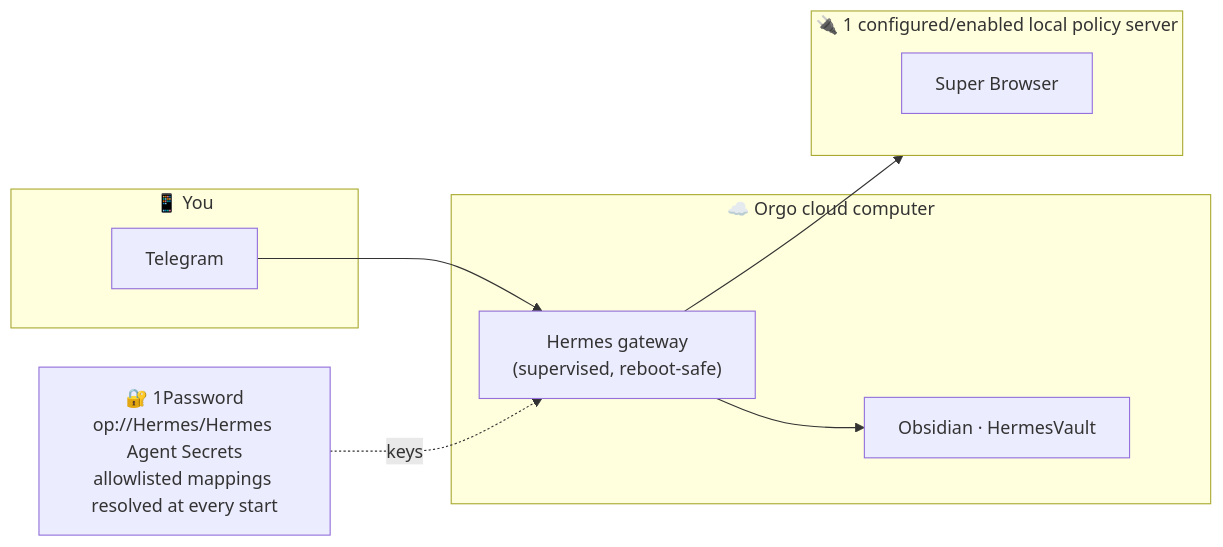
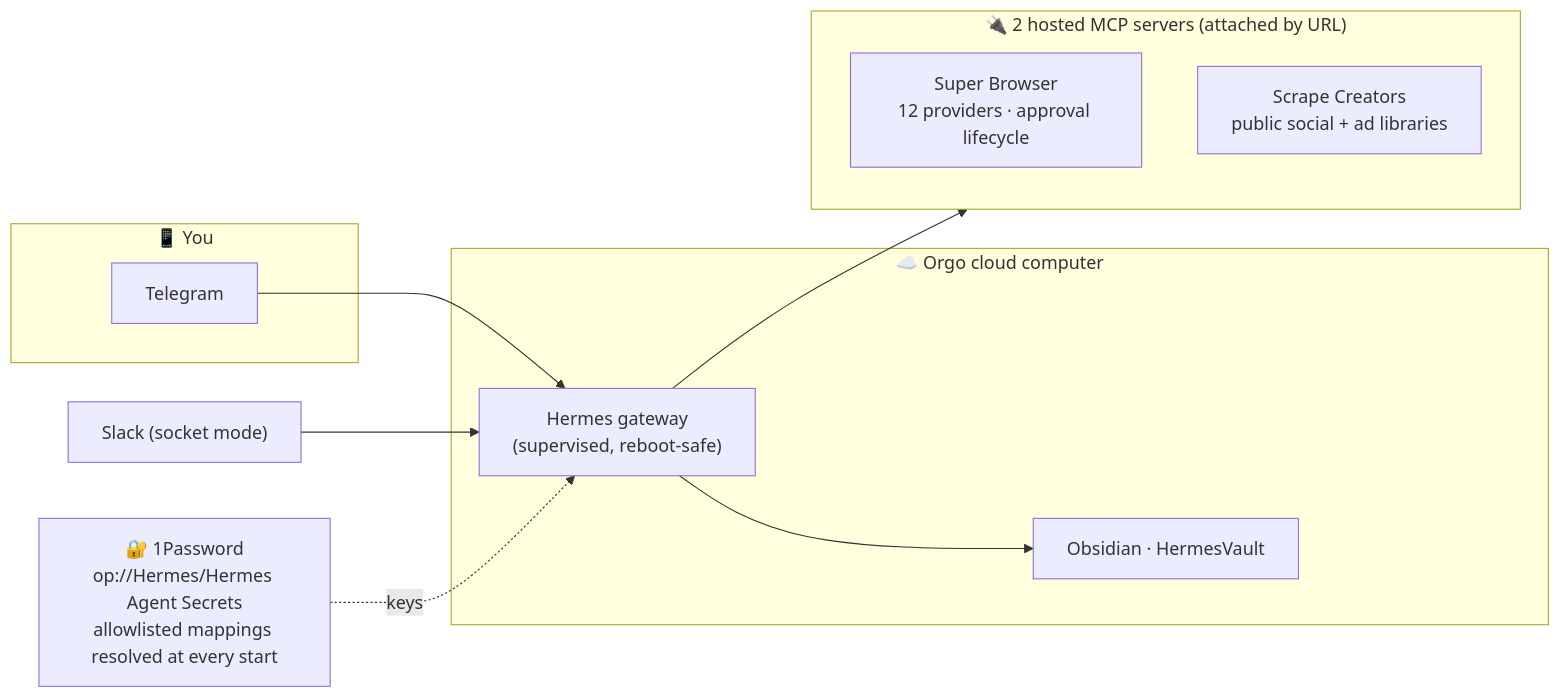
The diagram in README.md (jbellsolutions/revenue-partner-agent), drawn with Mermaid before and after one commit. The commit also changed other lines of this file and 2 other files, not shown here.

````diff
--- a/README.md
+++ b/README.md
@@ -95,22 +95,24 @@
 ```mermaid
 flowchart LR
     subgraph you["📱 You"]
         TG["Telegram"]
     end
 
     subgraph vm["☁️ Orgo cloud computer"]
         GW["Hermes gateway<br/>(supervised, reboot-safe)"]
         OBS["Obsidian · HermesVault"]
     end
 
-    subgraph mcp["🔌 1 configured/enabled local policy server"]
-        SB["Super Browser"]
+    subgraph mcp["🔌 2 hosted MCP servers (attached by URL)"]
+        SB["Super Browser<br/>12 providers · approval lifecycle"]
+        SC["Scrape Creators<br/>public social + ad libraries"]
     end
 
     OP["🔐 1Password<br/>op://Hermes/Hermes Agent Secrets<br/>allowlisted mappings resolved at every start"]
 
     TG --> GW
+    SL["Slack (socket mode)"] --> GW
     GW --> mcp
     GW --> OBS
     OP -. keys .-> GW
 ```
````
